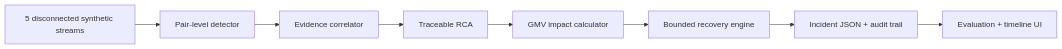
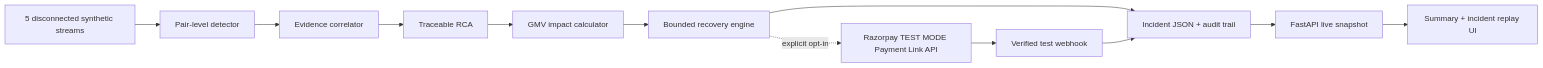
Before and after one commit to shanmukhgara48-source/payment-incident-investigator: the diagram in README.md, drawn with Mermaid. The commit also changed other lines of this file and 32 other files, not shown here.

First line of the commit message:
Add counterfactual cost-of-delay slider, skeptic agent, Razorpay integration, and full API/UI

````diff
--- a/README.md
+++ b/README.md
@@ -15,10 +17,14 @@
 ```mermaid
 flowchart LR
     A[5 disconnected synthetic streams] --> B[Pair-level detector]
     B --> C[Evidence correlator]
     C --> D[Traceable RCA]
     D --> E[GMV impact calculator]
     E --> F[Bounded recovery engine]
     F --> G[Incident JSON + audit trail]
-    G --> H[Evaluation + timeline UI]
+    F -. explicit opt-in .-> R[Razorpay TEST MODE Payment Link API]
+    R --> W[Verified test webhook]
+    W --> G
+    G --> H[FastAPI live snapshot]
+    H --> I[Summary + incident replay UI]
 ```
````
